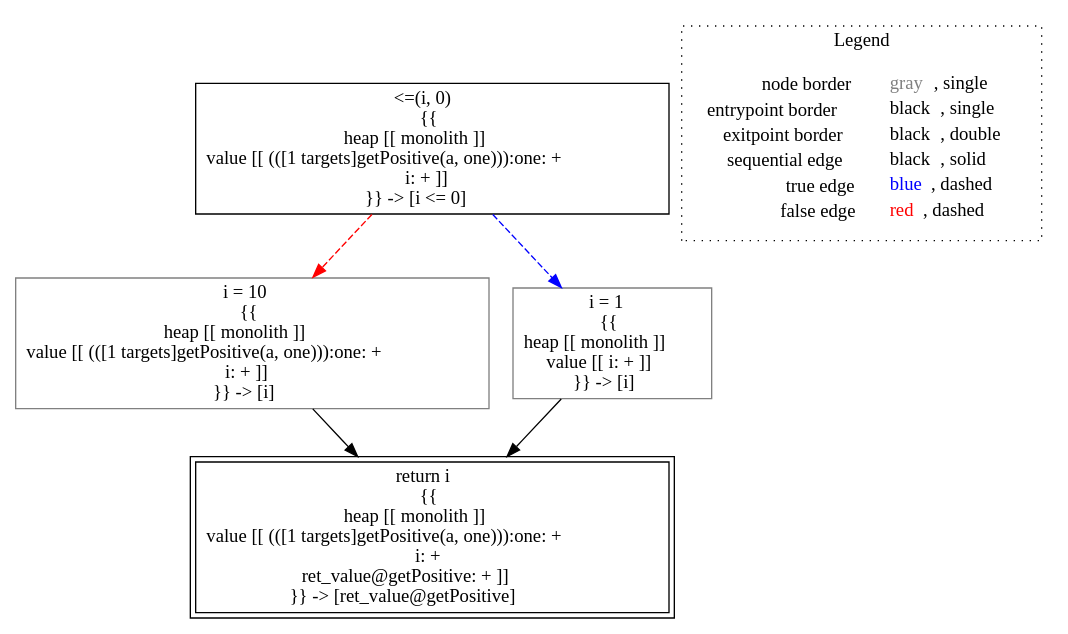
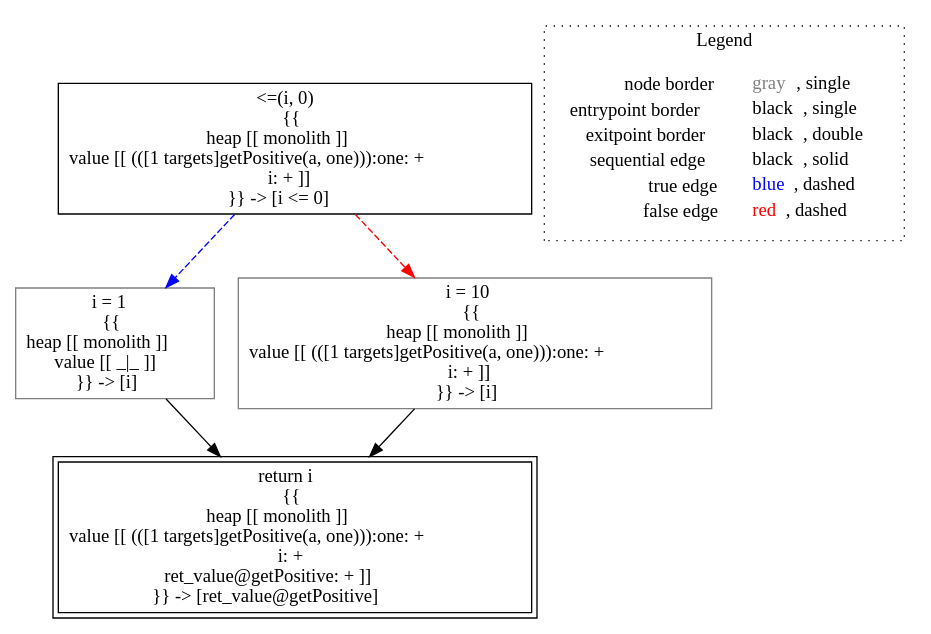
The diagram in lisa/imp-testcases/interprocedural/RTAContextSensitive1/analysis___-1010400486_untyped_A.getPositive(A_this,_untyped_i).dot (lisa-analyzer/lisa), drawn with Graphviz before and after one commit. The commit also changed 17 other files, not shown here.

```diff
--- a/lisa/imp-testcases/interprocedural/RTAContextSensitive1/analysis___-1010400486_untyped_A.getPositive(A_this,_untyped_i).dot
+++ b/lisa/imp-testcases/interprocedural/RTAContextSensitive1/analysis___-1010400486_untyped_A.getPositive(A_this,_untyped_i).dot
@@ -1,17 +1,17 @@
 digraph {
 	"node0" [shape="rect",color="black",label=<&lt;=(i, 0)<BR/>{{<BR/>heap [[ monolith ]]<BR/>value [[ (([1 targets]getPositive(a, one))):one: +<BR/>i: + ]]<BR/>}} -&gt; [i &lt;= 0]>];
-	"node1" [shape="rect",color="gray",label=<i = 10<BR/>{{<BR/>heap [[ monolith ]]<BR/>value [[ (([1 targets]getPositive(a, one))):one: +<BR/>i: + ]]<BR/>}} -&gt; [i]>];
+	"node1" [shape="rect",color="gray",label=<i = 1<BR/>{{<BR/>heap [[ monolith ]]<BR/>value [[ _|_ ]]<BR/>}} -&gt; [i]>];
 	"node2" [shape="rect",color="black",peripheries="2",label=<return i<BR/>{{<BR/>heap [[ monolith ]]<BR/>value [[ (([1 targets]getPositive(a, one))):one: +<BR/>i: +<BR/>ret_value@getPositive: + ]]<BR/>}} -&gt; [ret_value@getPositive]>];
-	"node3" [shape="rect",color="gray",label=<i = 1<BR/>{{<BR/>heap [[ monolith ]]<BR/>value [[ i: + ]]<BR/>}} -&gt; [i]>];
+	"node3" [shape="rect",color="gray",label=<i = 10<BR/>{{<BR/>heap [[ monolith ]]<BR/>value [[ (([1 targets]getPositive(a, one))):one: +<BR/>i: + ]]<BR/>}} -&gt; [i]>];
+	"node0" -> "node1" [color="blue",style="dashed"];
+	"node0" -> "node3" [color="red",style="dashed"];
 	"node1" -> "node2" [color="black"];
-	"node0" -> "node1" [color="red",style="dashed"];
-	"node0" -> "node3" [color="blue",style="dashed"];
 	"node3" -> "node2" [color="black"];
 subgraph cluster_legend {
 	label="Legend";
 	style=dotted;
 	node [shape=plaintext];
 	"legend" [label=<<table border="0" cellpadding="2" cellspacing="0" cellborder="0"><tr><td align="right">node border&nbsp;</td><td align="left"><font color="gray">gray</font>, single</td></tr><tr><td align="right">entrypoint border&nbsp;</td><td align="left"><font color="black">black</font>, single</td></tr><tr><td align="right">exitpoint border&nbsp;</td><td align="left"><font color="black">black</font>, double</td></tr><tr><td align="right">sequential edge&nbsp;</td><td align="left"><font color="black">black</font>, solid</td></tr><tr><td align="right">true edge&nbsp;</td><td align="left"><font color="blue">blue</font>, dashed</td></tr><tr><td align="right">false edge&nbsp;</td><td align="left"><font color="red">red</font>, dashed</td></tr></table>>];
 }
 
 }
```
